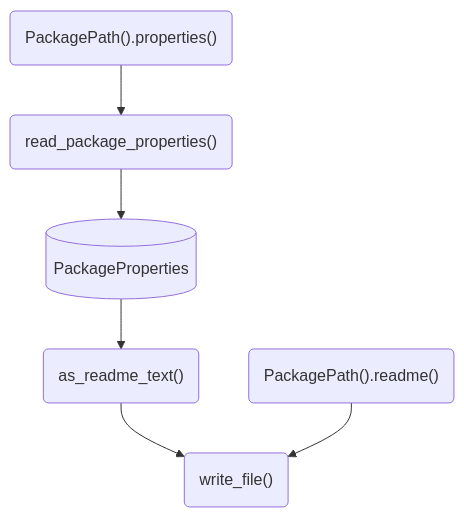
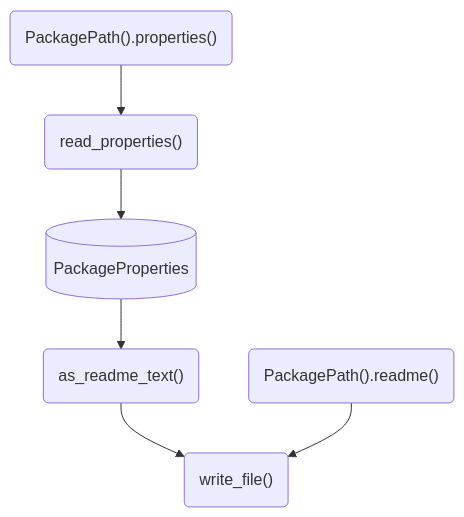
The third of 10 diagrams in docs/design/interface/flows.qmd (signekb/seedcase-sprout), drawn with Mermaid before and after one commit. The commit also changed other lines of this file and 6 other files, not shown here.

First line of the commit message:
refactor: :recycle: remove `update_package_properties()` and revise docs (#1355)

````diff
--- a/docs/design/interface/flows.qmd
+++ b/docs/design/interface/flows.qmd
@@ -135,18 +105,18 @@
 ```{mermaid}
 %%| label: fig-flow-update-readme
 %%| fig-cap: "Diagram showing the flow of objects and functions to update the README file after changing the package or resource properties."
 %%| fig-alt: "A flow diagram showing the steps to update the README file after changing the package or resource properties."
 flowchart
     properties[(PackageProperties)]
     path_properties("PackagePath().properties()")
-    read_package_properties("read_package_properties()")
+    read_properties("read_properties()")
     as_readme_text("as_readme_text()")
     write_file("write_file()")
     path_readme("PackagePath().readme()")
 
-    path_properties --> read_package_properties
-    read_package_properties --> properties
+    path_properties --> read_properties
+    read_properties --> properties
     properties --> as_readme_text
     as_readme_text --> write_file
     path_readme --> write_file
 ```
````
